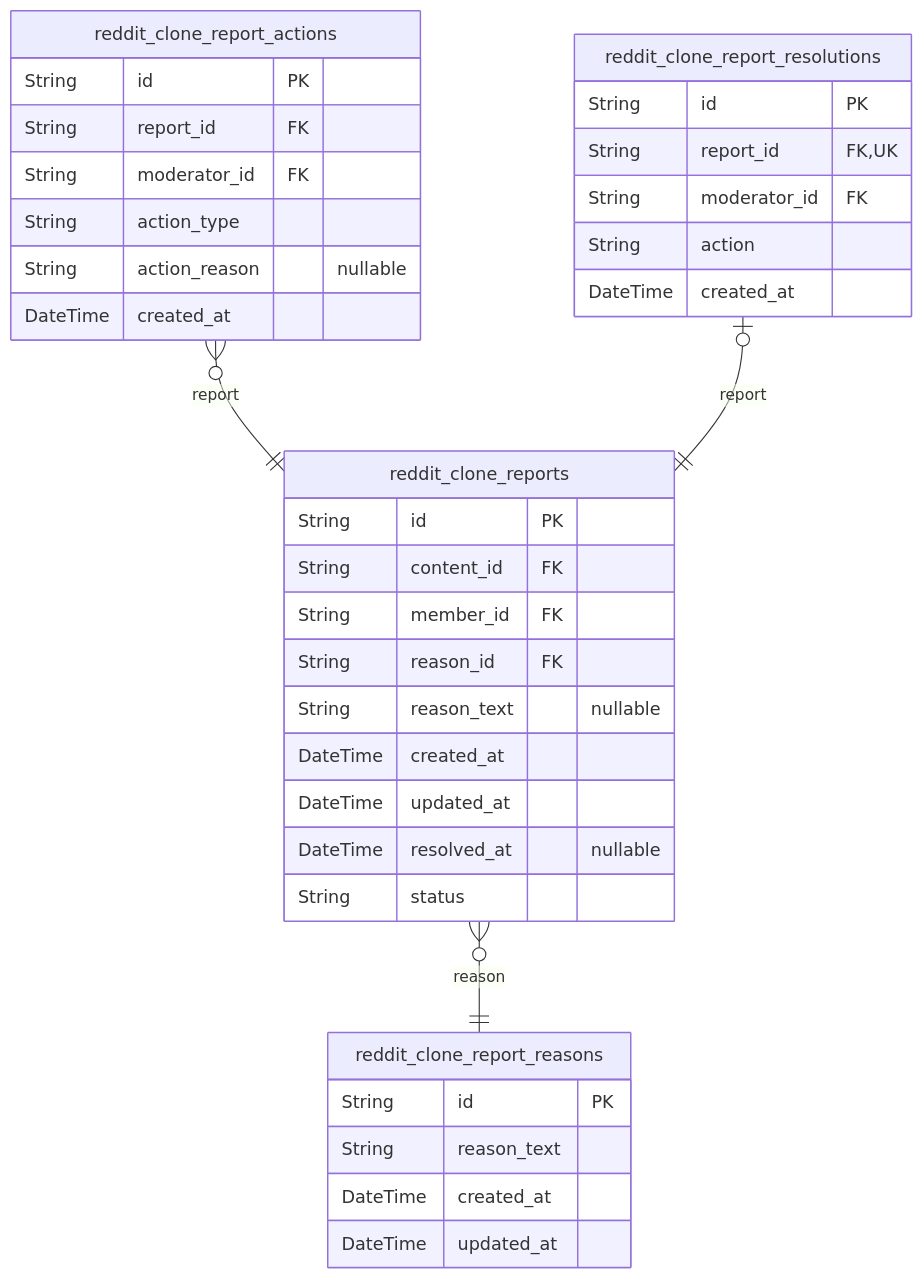
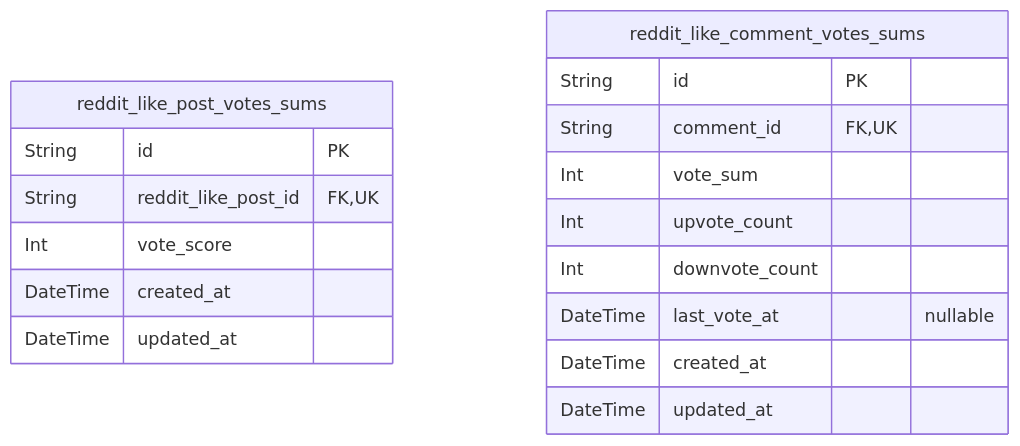
Before and after one commit to wrtnlabs/autobe-examples: the sixth of 6 diagrams in qwen/qwen3-coder-next/reddit/docs/ERD.md, drawn with Mermaid. The commit also changed other lines of this file and 17098 other files, not shown here.

````diff
--- a/qwen/qwen3-coder-next/reddit/docs/ERD.md
+++ b/qwen/qwen3-coder-next/reddit/docs/ERD.md
@@ -1573,38 +975,20 @@
 ```mermaid
 erDiagram
-"reddit_clone_reports" {
+"reddit_like_post_votes_sums" {
   String id PK
-  String content_id FK
-  String member_id FK
-  String reason_id FK
-  String reason_text "nullable"
-  DateTime created_at
-  DateTime updated_at
-  DateTime resolved_at "nullable"
-  String status
-}
-"reddit_clone_report_actions" {
-  String id PK
-  String report_id FK
-  String moderator_id FK
-  String action_type
-  String action_reason "nullable"
-  DateTime created_at
-}
-"reddit_clone_report_reasons" {
-  String id PK
-  String reason_text
+  String reddit_like_post_id FK,UK
+  Int vote_score
   DateTime created_at
   DateTime updated_at
 }
-"reddit_clone_report_resolutions" {
+"reddit_like_comment_votes_sums" {
   String id PK
-  String report_id FK,UK
-  String moderator_id FK
-  String action
+  String comment_id FK,UK
+  Int vote_sum
+  Int upvote_count
+  Int downvote_count
+  DateTime last_vote_at "nullable"
   DateTime created_at
+  DateTime updated_at
 }
-"reddit_clone_reports" }o--|| "reddit_clone_report_reasons" : reason
-"reddit_clone_report_actions" }o--|| "reddit_clone_reports" : report
-"reddit_clone_report_resolutions" |o--|| "reddit_clone_reports" : report
 ```
````
